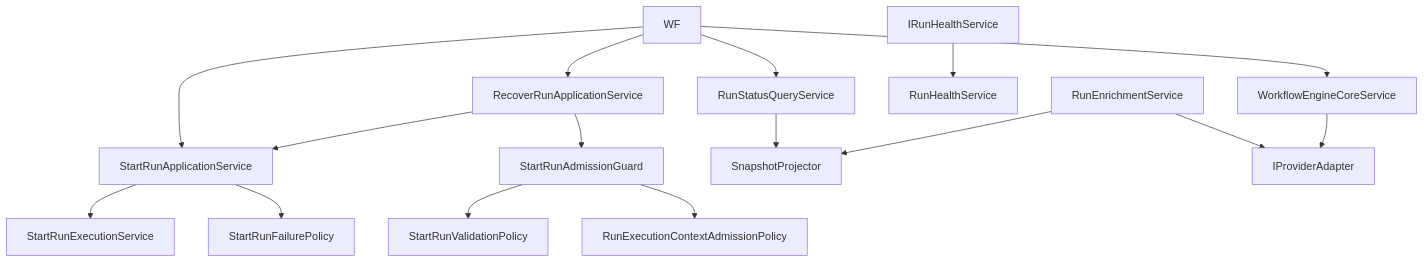
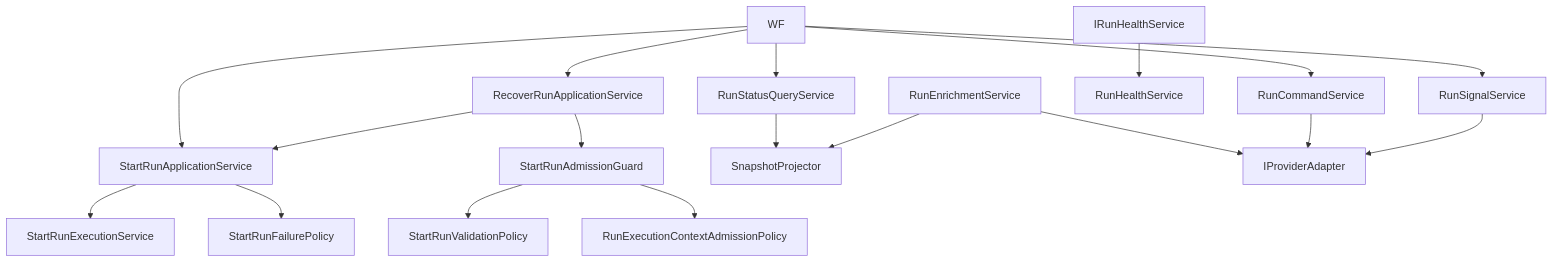
The second of 5 diagrams in docs/architecture/components/engine/architecture/workflow-engine-subsystem-context.md (dunay2/dvt), drawn with Mermaid before and after one commit. The commit also changed other lines of this file and 28 other files, not shown here.

Commit message:
refactor(engine): Split runtime command and signal paths

````diff
--- a/docs/architecture/components/engine/architecture/workflow-engine-subsystem-context.md
+++ b/docs/architecture/components/engine/architecture/workflow-engine-subsystem-context.md
@@ -149,18 +155,20 @@
 ```mermaid
 flowchart TB
   WF --> Coord["StartRunApplicationService"]
   WF --> Recover["RecoverRunApplicationService"]
   WF --> Query["RunStatusQueryService"]
-  WF --> Core["WorkflowEngineCoreService"]
+  WF --> Command["RunCommandService"]
+  WF --> Signal["RunSignalService"]
   HealthApi["IRunHealthService"] --> Health["RunHealthService"]
   Recover --> Guard["StartRunAdmissionGuard"]
   Recover --> Coord
   Query --> Projector["SnapshotProjector"]
   Enrich["RunEnrichmentService"] --> Projector["SnapshotProjector"]
   Enrich --> Provider["IProviderAdapter"]
   Coord --> Exec["StartRunExecutionService"]
   Coord --> Fail["StartRunFailurePolicy"]
-  Core --> Provider
+  Command --> Provider
+  Signal --> Provider
   Guard --> Validation["StartRunValidationPolicy"]
   Guard --> RunCtxPolicy["RunExecutionContextAdmissionPolicy"]
 ```
````
